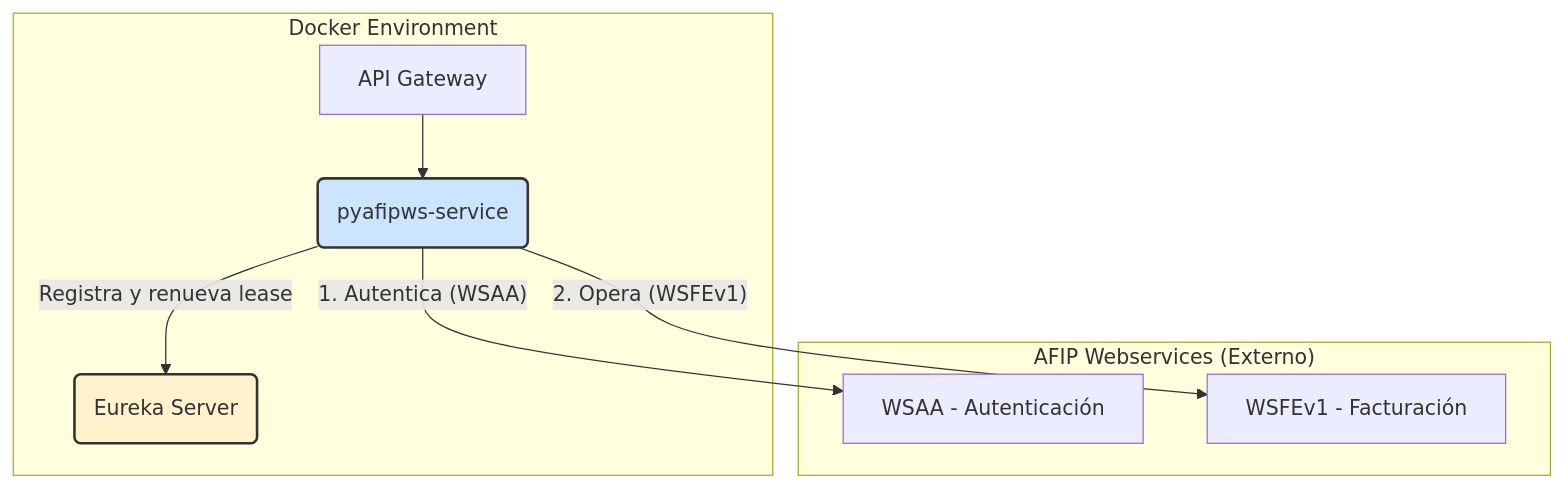
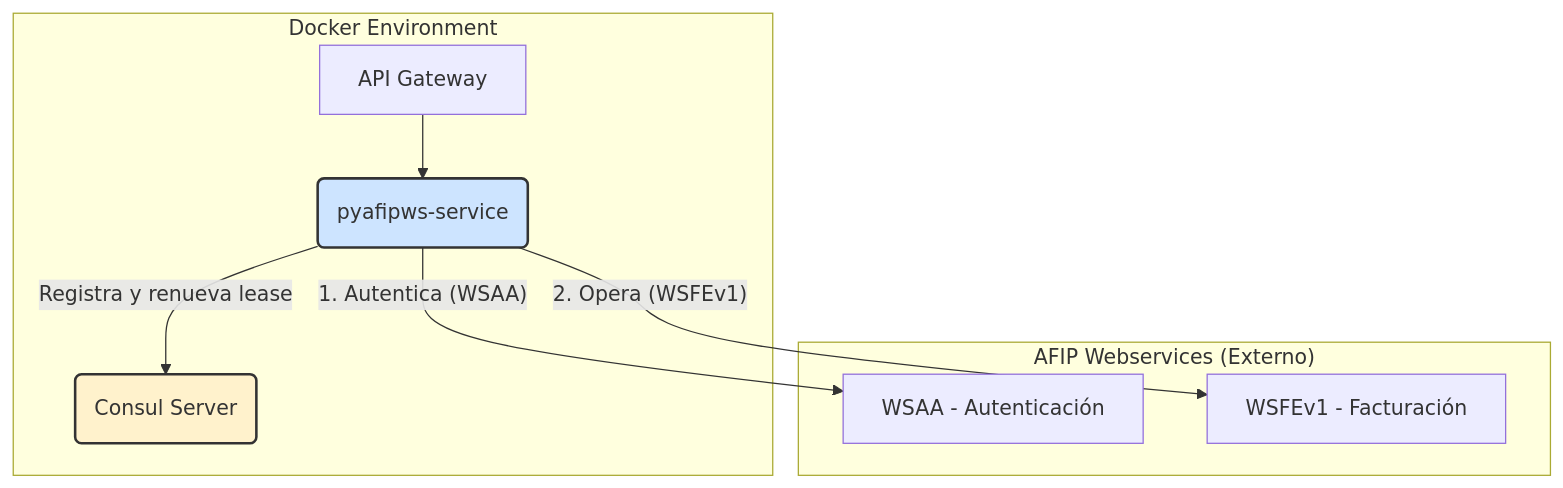
One commit to dqmdz/pyafipws_endpoint_eureka changed the diagram in docs/diagrams/architecture.mmd. Above: the diagram before and after it, drawn with Mermaid. The commit also changed 7 other files, not shown here.

```diff
--- a/docs/diagrams/architecture.mmd
+++ b/docs/diagrams/architecture.mmd
@@ -1,16 +1,16 @@
 graph TD
     subgraph "Docker Environment"
         A[API Gateway] --> B(pyafipws-service);
-        B -- "Registra y renueva lease" --> C(Eureka Server);
+        B -- "Registra y renueva lease" --> C(Consul Server);
     end
 
     subgraph "AFIP Webservices (Externo)"
         D[WSAA - Autenticación];
         E[WSFEv1 - Facturación];
     end
 
     B -- "1. Autentica (WSAA)" --> D;
     B -- "2. Opera (WSFEv1)" --> E;
 
     style B fill:#cde4ff,stroke:#333,stroke-width:2px
     style C fill:#fff2cc,stroke:#333,stroke-width:2px
```
